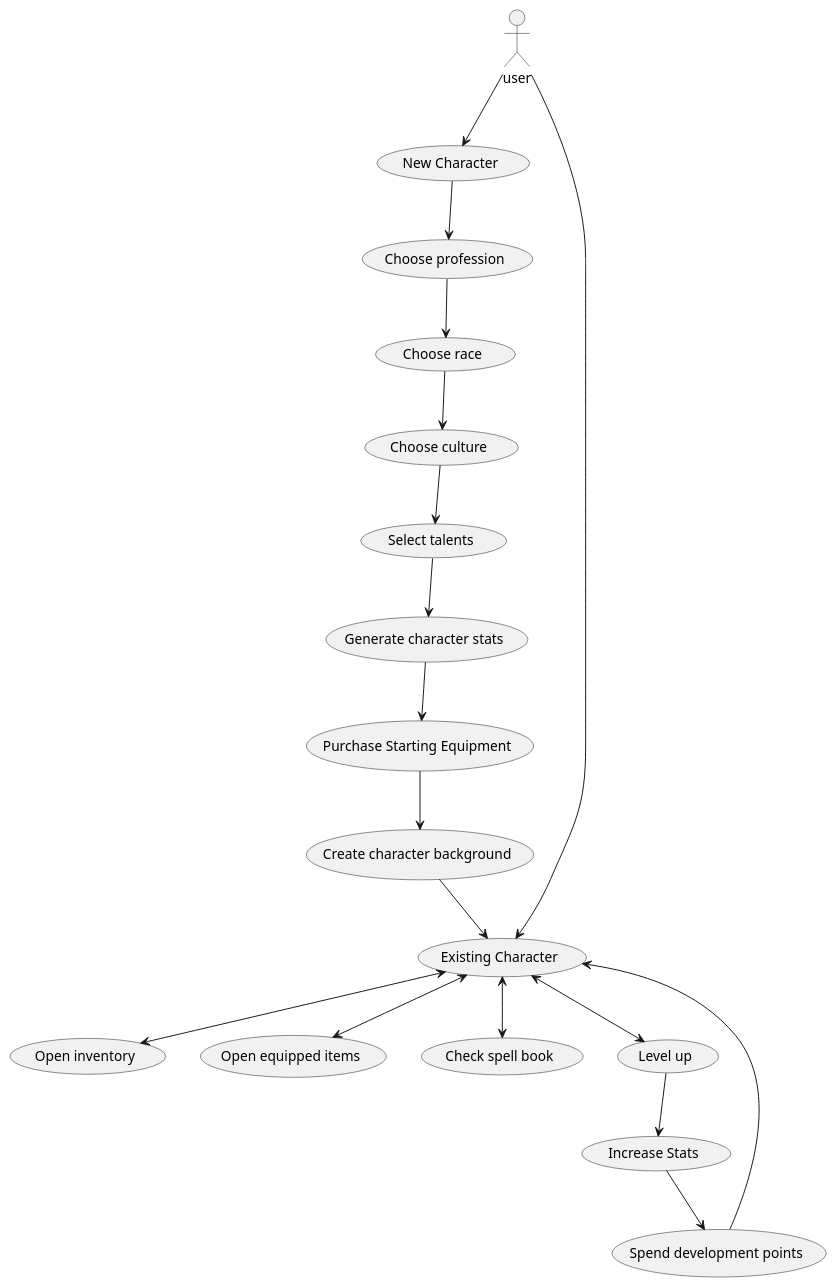
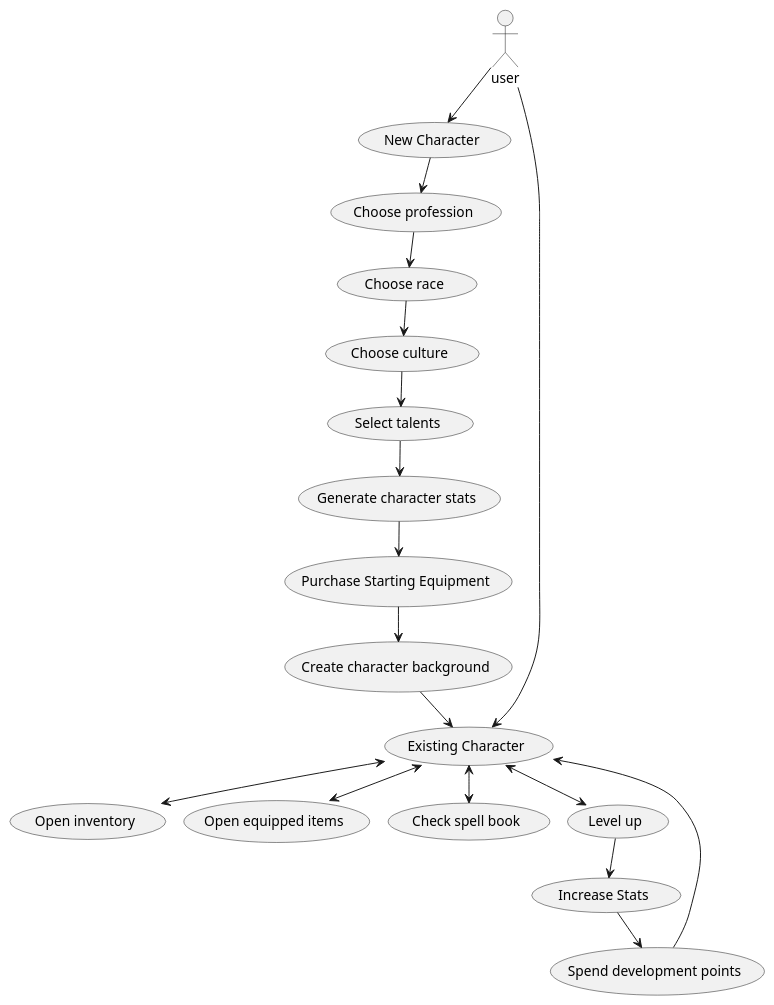
The diagram in Docs/UseCaseV2.puml (Falcho/ICE), drawn with PlantUML before and after one commit.

Commit message:
added secret spell for macUsers

```diff
--- a/Docs/UseCaseV2.puml
+++ b/Docs/UseCaseV2.puml
@@ -1,42 +1,42 @@
 @startuml
 'https://plantuml.com/use-case-diagram
-
+!Pragma layout smetana
 actor user
 
 usecase "New Character" as UC1
 usecase "Existing Character" as UC2
 usecase "Choose race" as UC3
 usecase "Choose culture" as UC4
 usecase "Choose profession" as UC5
 usecase "Create character background" as UC6
 usecase "Generate character stats" as UC7
 usecase "Select talents" as UC8
 usecase "Purchase Starting Equipment" as UC9
 usecase "Open inventory" as UC10
 usecase "Open equipped items" as UC11
 usecase "Check spell book" as UC12
 usecase "Level up" as UC13
 usecase "Spend development points" as UC14
 usecase "Increase Stats" as UC15
 
 
 
 user --> UC1
 user --> UC2
 UC1 --> UC5
 UC5 --> UC3
 UC3 --> UC4
 UC4 --> UC8
 UC8 --> UC7
 UC7 --> UC9
 UC9 --> UC6
 UC6 --> UC2
 UC2 <--> UC10
 UC2 <--> UC11
 UC2 <--> UC12
 UC2 <--> UC13
 UC13 --> UC15
 UC15 --> UC14
 UC14 --> UC2
 
 @enduml
```
